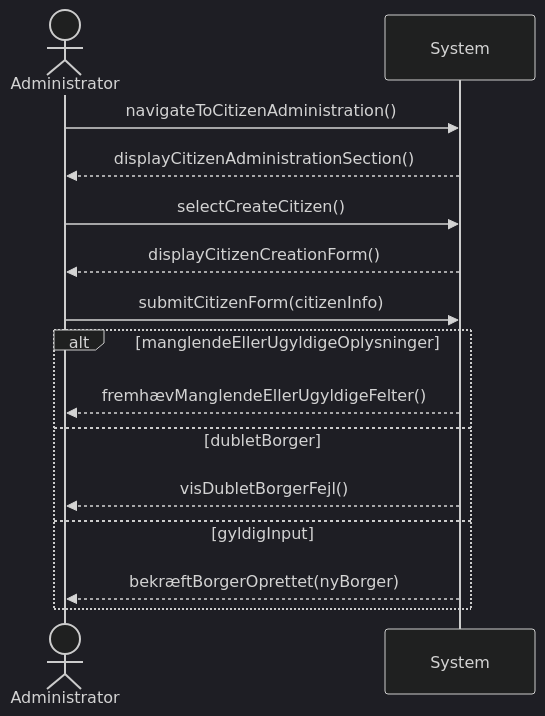
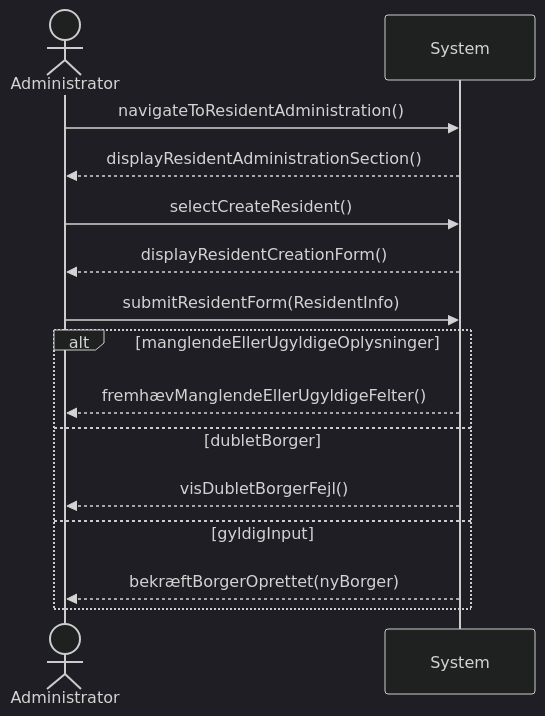
Before and after one commit to DMOoF25-Team6/Slottets-Drifttavlen: the diagram in docs/use-cases/uc-014-citizen-administration/uc-014.ssd..da.md, drawn with Mermaid (dark theme). The commit also changed 10 other files, not shown here.

````diff
--- a/docs/use-cases/uc-014-citizen-administration/uc-014.ssd..da.md
+++ b/docs/use-cases/uc-014-citizen-administration/uc-014.ssd..da.md
@@ -14,17 +14,17 @@
 ```mermaid
 sequenceDiagram
     actor Administrator
     participant System
-    Administrator ->> System: navigateToCitizenAdministration()
-    System -->> Administrator: displayCitizenAdministrationSection()
-    Administrator ->> System: selectCreateCitizen()
-    System -->> Administrator: displayCitizenCreationForm()
-    Administrator ->> System: submitCitizenForm(citizenInfo)
+    Administrator ->> System: navigateToResidentAdministration()
+    System -->> Administrator: displayResidentAdministrationSection()
+    Administrator ->> System: selectCreateResident()
+    System -->> Administrator: displayResidentCreationForm()
+    Administrator ->> System: submitResidentForm(ResidentInfo)
     alt manglendeEllerUgyldigeOplysninger
         System -->> Administrator: fremhævManglendeEllerUgyldigeFelter()
     else dubletBorger
         System -->> Administrator: visDubletBorgerFejl()
     else gyldigInput
         System -->> Administrator: bekræftBorgerOprettet(nyBorger)
     end
 ```
````
